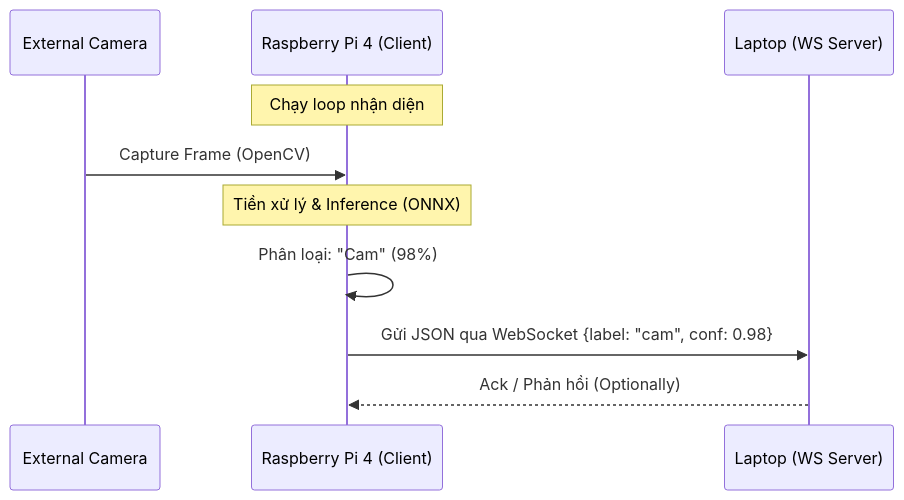
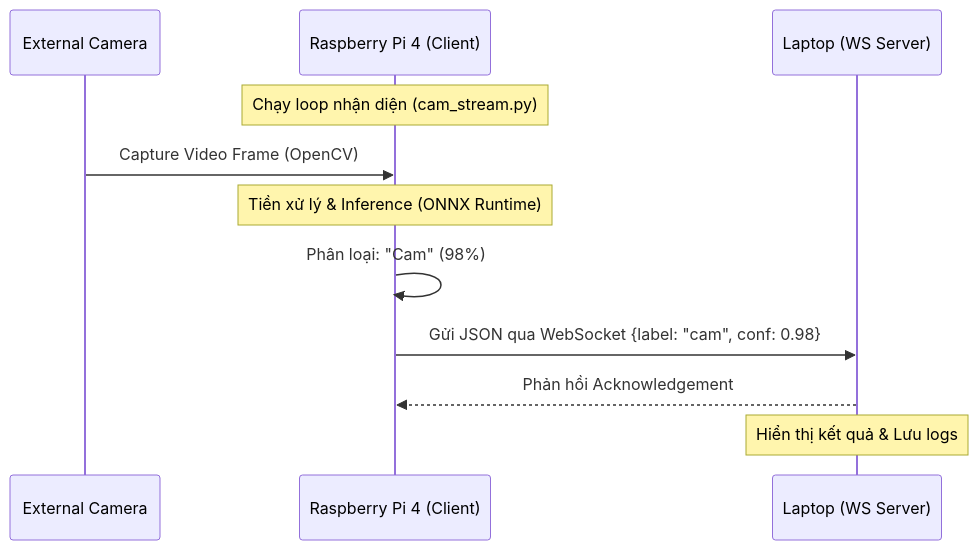
One commit to TCTri205/PBL5 changed the diagram in repo/docs/system_integration_plan.md. Above: the diagram before and after it, drawn with Mermaid. The commit also changed other lines of this file and 14 other files, not shown here.

Commit message:
docs: standardize documentation structure and implement core scripts (server.py, cam_stream.py)

````diff
--- a/repo/docs/system_integration_plan.md
+++ b/repo/docs/system_integration_plan.md
@@ -14,13 +14,14 @@
 ```mermaid
 sequenceDiagram
     participant Cam as External Camera
     participant Pi as Raspberry Pi 4 (Client)
     participant Laptop as Laptop (WS Server)
     
-    Note over Pi: Chạy loop nhận diện
-    Cam->>Pi: Capture Frame (OpenCV)
-    Note over Pi: Tiền xử lý & Inference (ONNX)
+    Note over Pi: Chạy loop nhận diện (cam_stream.py)
+    Cam->>Pi: Capture Video Frame (OpenCV)
+    Note over Pi: Tiền xử lý & Inference (ONNX Runtime)
     Pi->>Pi: Phân loại: "Cam" (98%)
     Pi->>Laptop: Gửi JSON qua WebSocket {label: "cam", conf: 0.98}
-    Laptop-->>Pi: Ack / Phản hồi (Optionally)
+    Laptop-->>Pi: Phản hồi Acknowledgement
+    Note over Laptop: Hiển thị kết quả & Lưu logs
 ```
````
